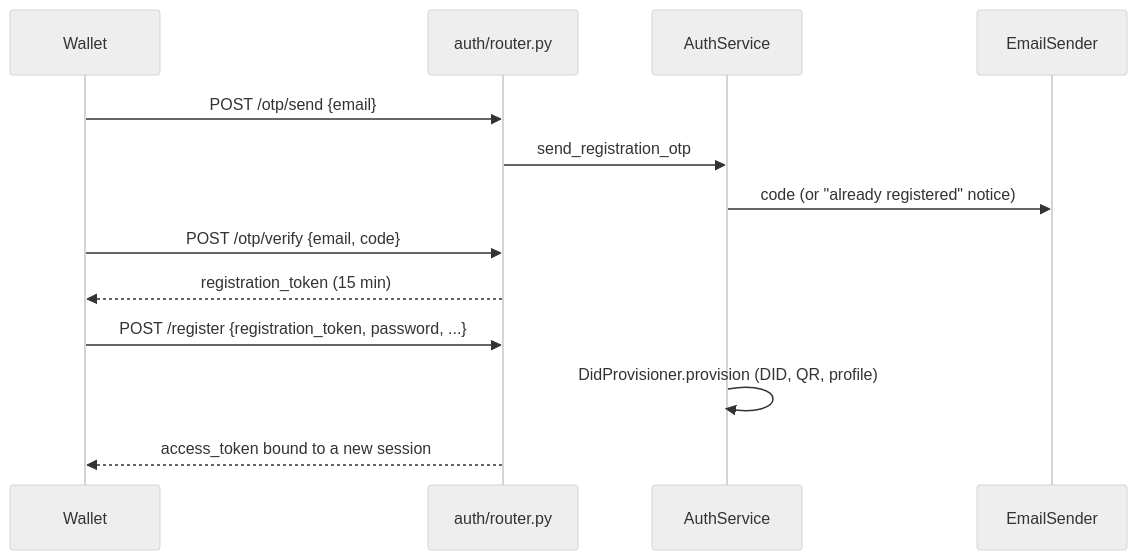
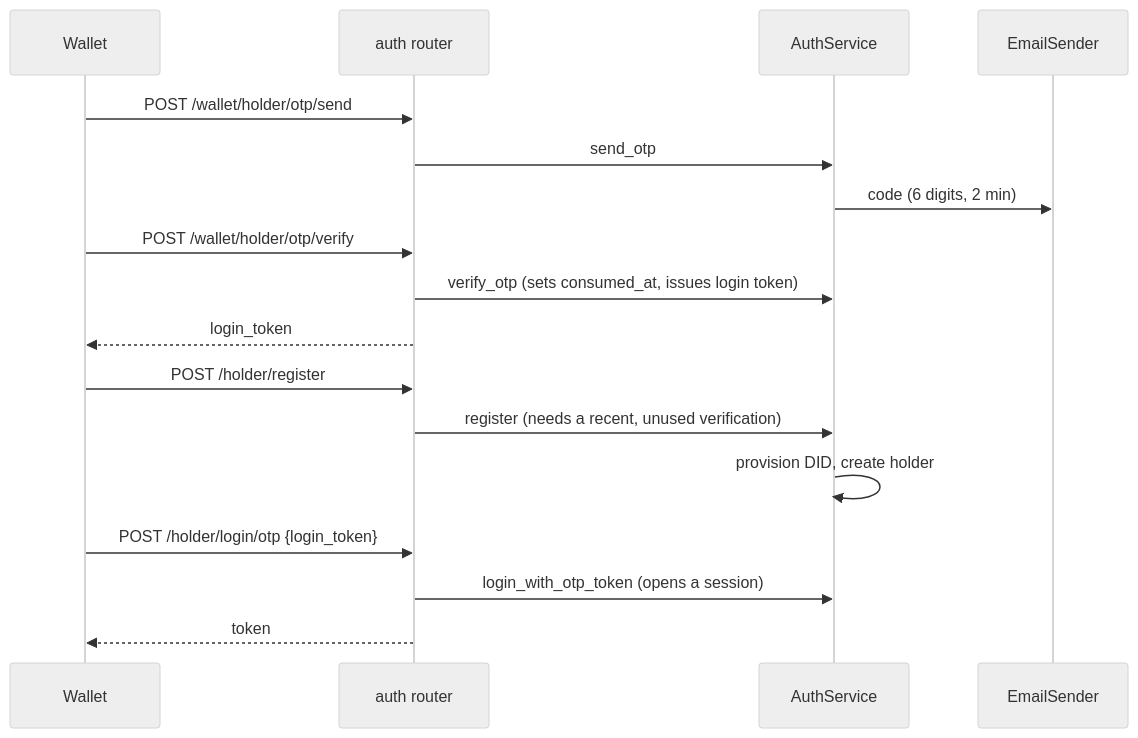
One commit to Manilvc/everycred-holder-service changed the diagram in docs/features/auth.md. Above: the diagram before and after it, drawn with Mermaid (neutral theme). The commit also changed other lines of this file and 102 other files, not shown here.

First line of the commit message:
feat: integrate the holder service with the EveryCRED connector

````diff
--- a/docs/features/auth.md
+++ b/docs/features/auth.md
@@ -66,15 +140,19 @@
 ```mermaid
 sequenceDiagram
     participant Wallet
-    participant API as auth/router.py
+    participant API as auth router
     participant Service as AuthService
     participant Mail as EmailSender
-    Wallet->>API: POST /otp/send {email}
-    API->>Service: send_registration_otp
-    Service->>Mail: code (or "already registered" notice)
-    Wallet->>API: POST /otp/verify {email, code}
-    API-->>Wallet: registration_token (15 min)
-    Wallet->>API: POST /register {registration_token, password, ...}
-    Service->>Service: DidProvisioner.provision (DID, QR, profile)
-    API-->>Wallet: access_token bound to a new session
+    Wallet->>API: POST /wallet/holder/otp/send
+    API->>Service: send_otp
+    Service->>Mail: code (6 digits, 2 min)
+    Wallet->>API: POST /wallet/holder/otp/verify
+    API->>Service: verify_otp (sets consumed_at, issues login token)
+    API-->>Wallet: login_token
+    Wallet->>API: POST /holder/register
+    API->>Service: register (needs a recent, unused verification)
+    Service->>Service: provision DID, create holder
+    Wallet->>API: POST /holder/login/otp {login_token}
+    API->>Service: login_with_otp_token (opens a session)
+    API-->>Wallet: token
 ```
````
